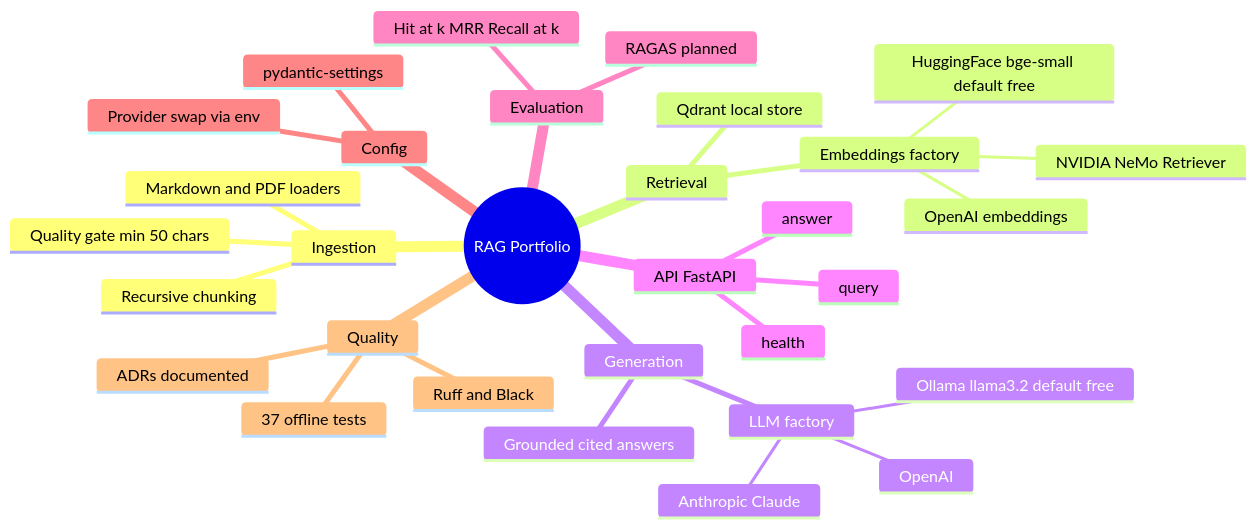
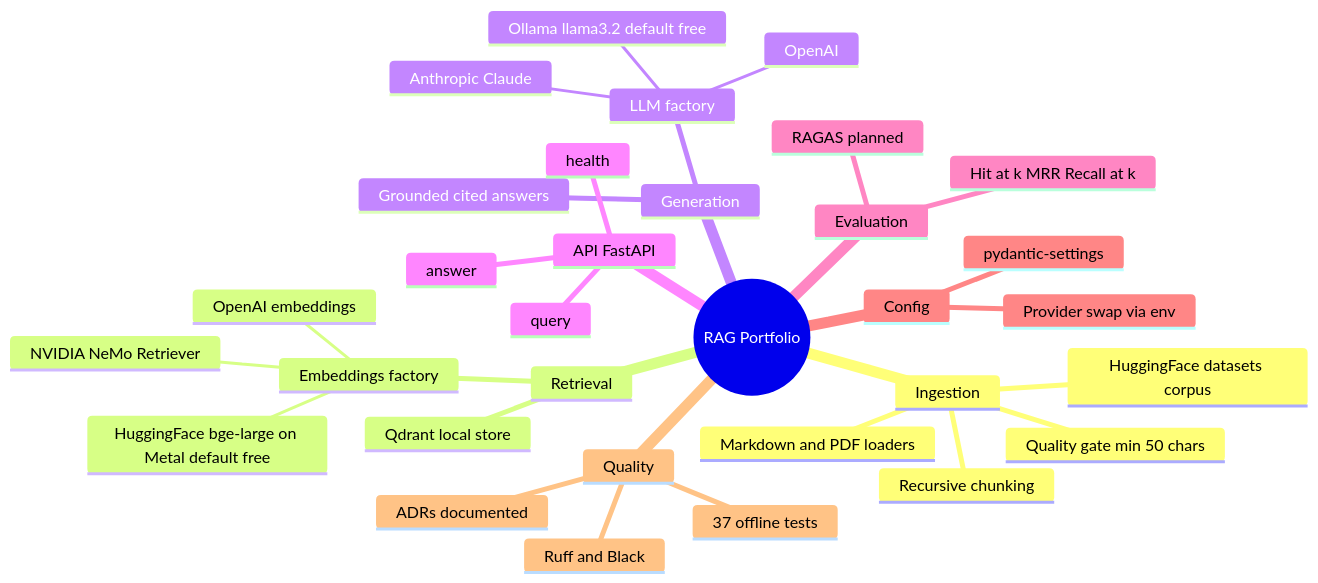
One commit to ssuresh808/llm-inference-rag changed the diagram in README.md. Above: the diagram before and after it, drawn with Mermaid. The commit also changed other lines of this file and 10 other files, not shown here.

First line of the commit message:
feat(ingestion): add HuggingFace dataset corpus + MPS-accelerated embeddings

````diff
--- a/README.md
+++ b/README.md
@@ -14,34 +14,35 @@
 ```mermaid
 mindmap
   root((RAG Portfolio))
     Ingestion
       Markdown and PDF loaders
+      HuggingFace datasets corpus
       Recursive chunking
       Quality gate min 50 chars
     Retrieval
       Qdrant local store
       Embeddings factory
-        HuggingFace bge-small default free
+        HuggingFace bge-large on Metal default free
         NVIDIA NeMo Retriever
         OpenAI embeddings
     Generation
       LLM factory
         Ollama llama3.2 default free
         Anthropic Claude
         OpenAI
       Grounded cited answers
     API FastAPI
       health
       query
       answer
     Evaluation
       Hit at k MRR Recall at k
       RAGAS planned
     Config
       pydantic-settings
       Provider swap via env
     Quality
       37 offline tests
       Ruff and Black
       ADRs documented
 ```
````
